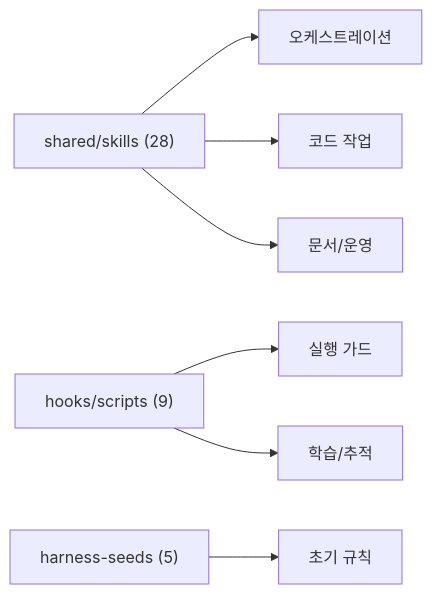
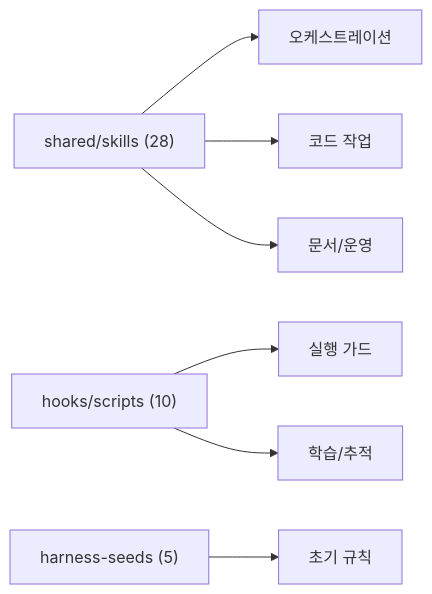
The second of 2 diagrams in docs/02-아키텍처.md (Jimmy-Jung/ai-symbiote), drawn with Mermaid before and after one commit. The commit also changed other lines of this file and 6 other files, not shown here.

````diff
--- a/docs/02-아키텍처.md
+++ b/docs/02-아키텍처.md
@@ -27,9 +27,9 @@
 ```mermaid
 flowchart LR
     A["shared/skills (28)"] --> B["오케스트레이션"]
     A --> C["코드 작업"]
     A --> D["문서/운영"]
-    E["hooks/scripts (9)"] --> F["실행 가드"]
+    E["hooks/scripts (10)"] --> F["실행 가드"]
     E --> G["학습/추적"]
     H["harness-seeds (5)"] --> I["초기 규칙"]
 ```
````
